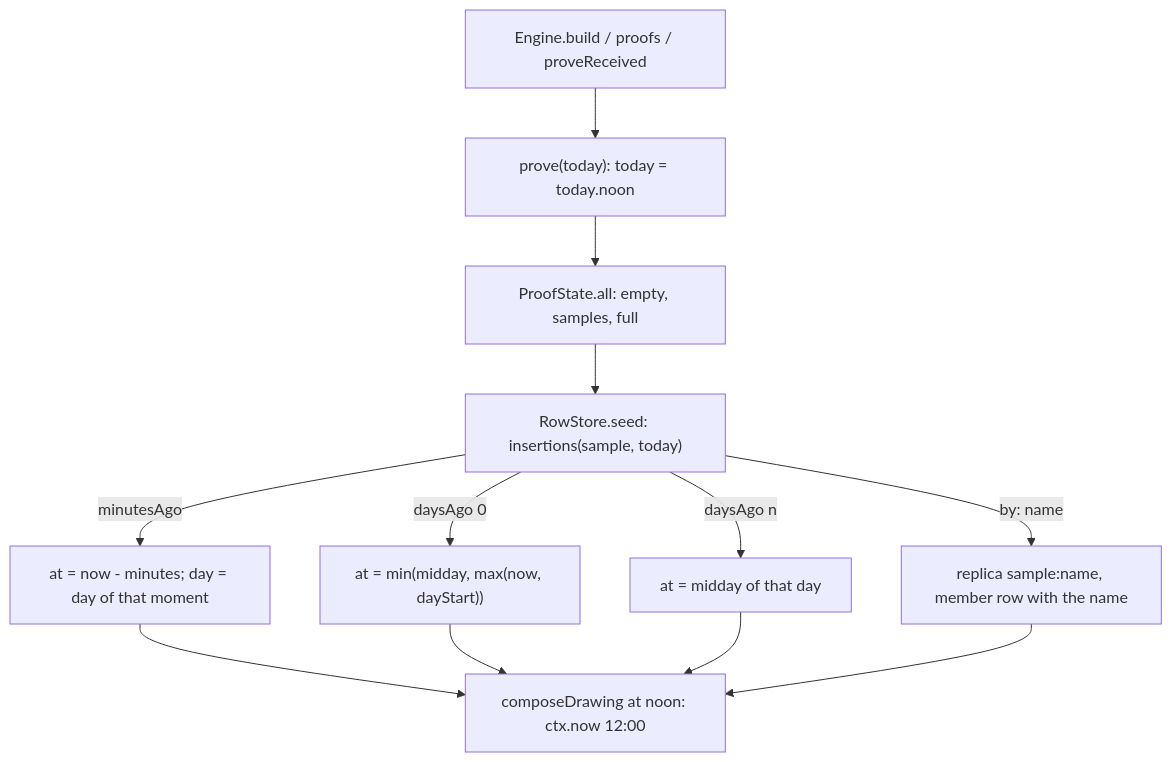
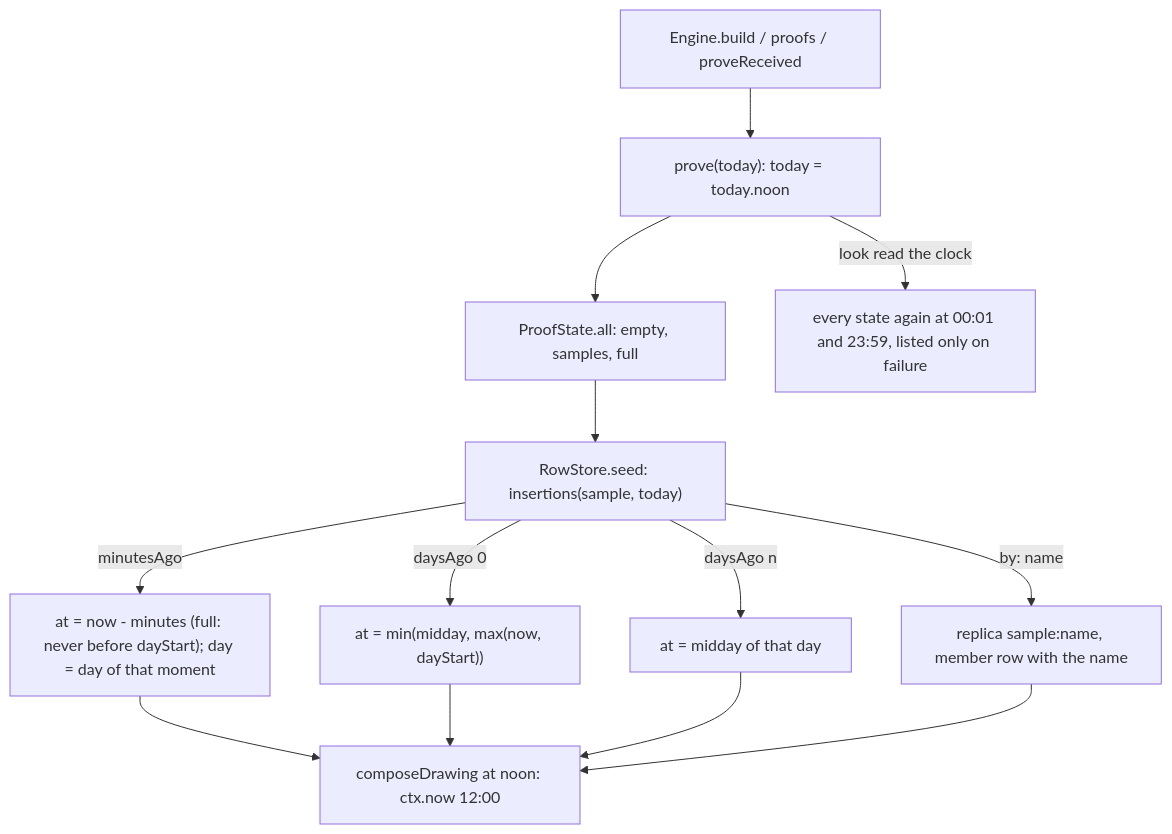
Before and after one commit to Krutik460/Widgie: the second of 3 diagrams in docs/pr/7-phase-1e-row-author.md, drawn with Mermaid. The commit also changed other lines of this file and 13 other files, not shown here.

Commit message:
Prove clock looks at the day's edges and keep full on today across daylight saving

````diff
--- a/docs/pr/7-phase-1e-row-author.md
+++ b/docs/pr/7-phase-1e-row-author.md
@@ -45,14 +45,15 @@
 ```mermaid
 flowchart TD
   B["Engine.build / proofs / proveReceived"] --> PR["prove(today): today = today.noon"]
   PR --> ST["ProofState.all: empty, samples, full"]
+  PR -->|"look read the clock"| DE["every state again at 00:01 and 23:59, listed only on failure"]
   ST --> SE["RowStore.seed: insertions(sample, today)"]
-  SE -->|"minutesAgo"| R1["at = now - minutes; day = day of that moment"]
+  SE -->|"minutesAgo"| R1["at = now - minutes (full: never before dayStart); day = day of that moment"]
   SE -->|"daysAgo 0"| R2["at = min(midday, max(now, dayStart))"]
   SE -->|"daysAgo n"| R3["at = midday of that day"]
   SE -->|"by: name"| R4["replica sample:name, member row with the name"]
   R1 --> CD["composeDrawing at noon: ctx.now 12:00"]
   R2 --> CD
   R3 --> CD
   R4 --> CD
 ```
````
